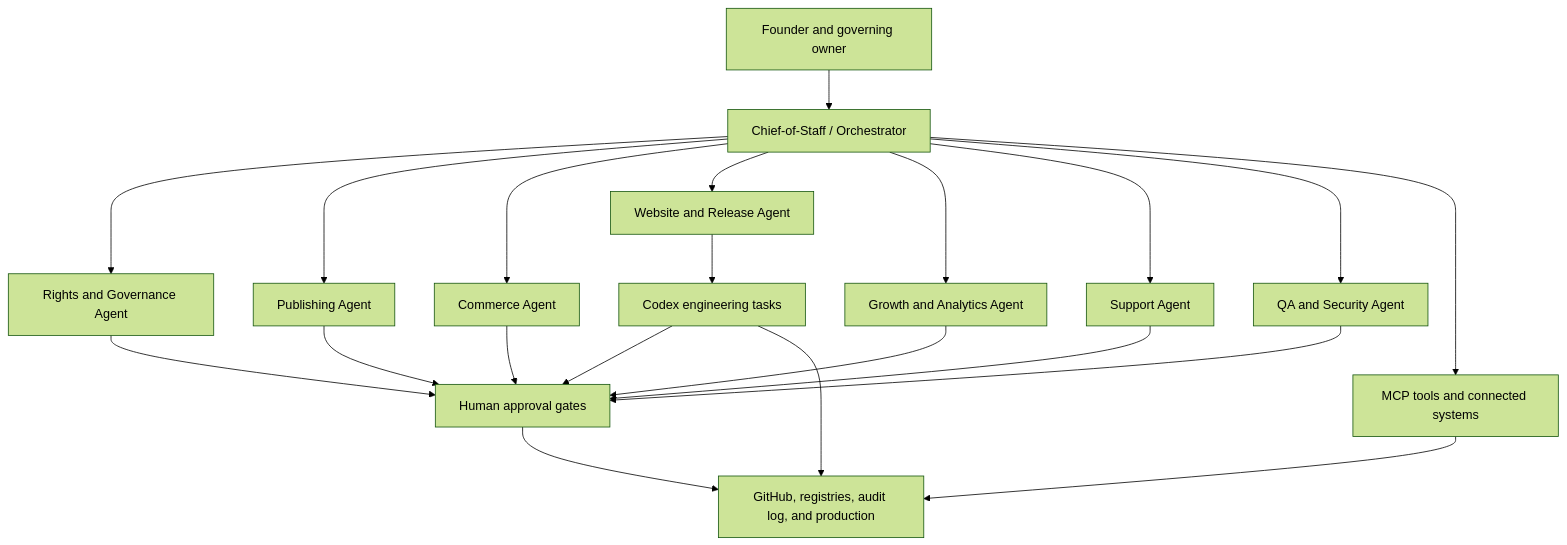
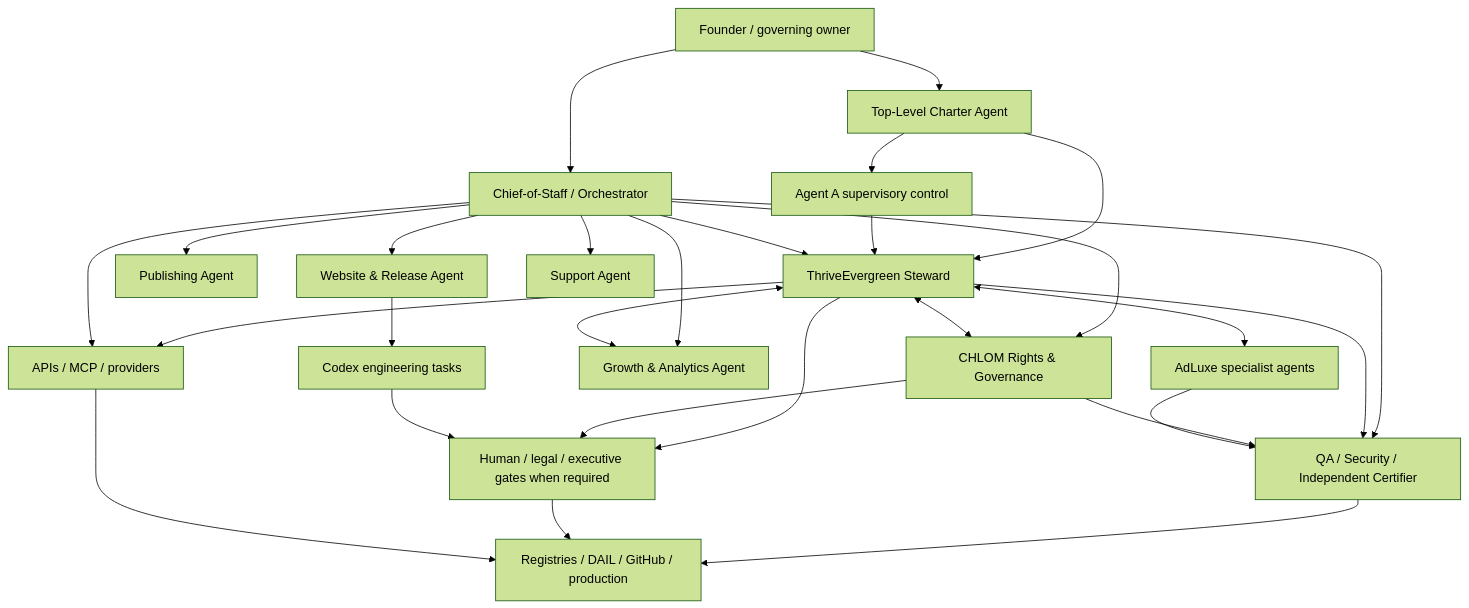
The diagram in automation/command-structure.mdx (crownthrive1/CrownThrive-OS), drawn with Mermaid (forest theme) before and after one commit. The commit also changed other lines of this file and 9 other files, not shown here.

````diff
--- a/automation/command-structure.mdx
+++ b/automation/command-structure.mdx
@@ -13,39 +13,49 @@
 ```mermaid
 flowchart TB
-    F[Founder and governing owner]
+    F[Founder / governing owner]
+    T[Top-Level Charter Agent]
+    AA[Agent A supervisory control]
     O[Chief-of-Staff / Orchestrator]
-    G[Rights and Governance Agent]
+    E[ThriveEvergreen Steward]
+    G[CHLOM Rights & Governance]
     P[Publishing Agent]
-    C[Commerce Agent]
-    W[Website and Release Agent]
-    A[Growth and Analytics Agent]
+    AD[AdLuxe specialist agents]
+    W[Website & Release Agent]
+    A[Growth & Analytics Agent]
     S[Support Agent]
-    Q[QA and Security Agent]
+    Q[QA / Security / Independent Certifier]
     X[Codex engineering tasks]
-    M[MCP tools and connected systems]
-    H[Human approval gates]
-    R[GitHub, registries, audit log, and production]
+    M[APIs / MCP / providers]
+    H[Human / legal / executive gates when required]
+    R[Registries / DAIL / GitHub / production]
 
+    F --> T
     F --> O
+    T --> AA
+    T --> E
+    AA --> E
+    O --> E
     O --> G
     O --> P
-    O --> C
     O --> W
     O --> A
     O --> S
     O --> Q
 
+    E <--> G
+    E <--> AD
+    E <--> A
+    E --> M
+    E --> Q
+    G --> Q
+    AD --> Q
+    Q --> R
+
+    E --> H
     G --> H
-    P --> H
-    C --> H
     W --> X
     X --> H
-    A --> H
-    S --> H
-    Q --> H
-
+    H --> R
     O --> M
-    X --> R
     M --> R
-    H --> R
 ```
````
